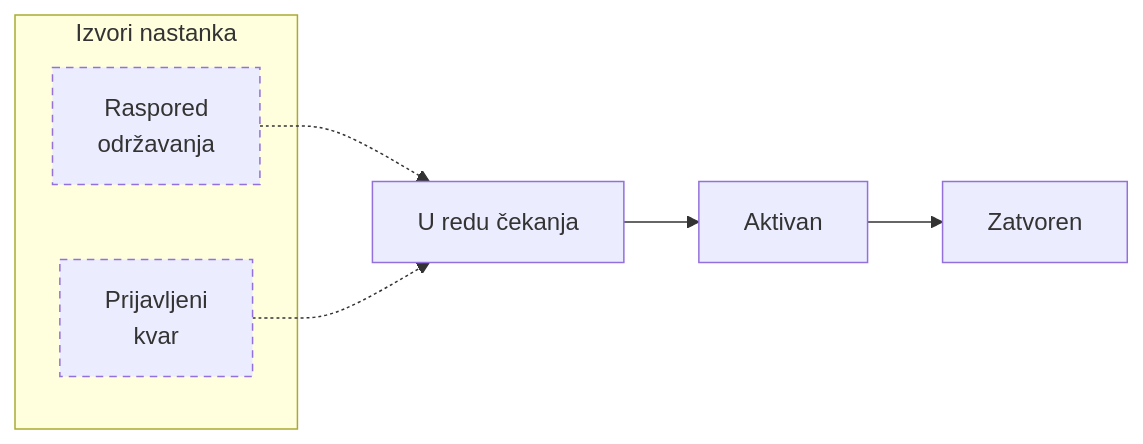
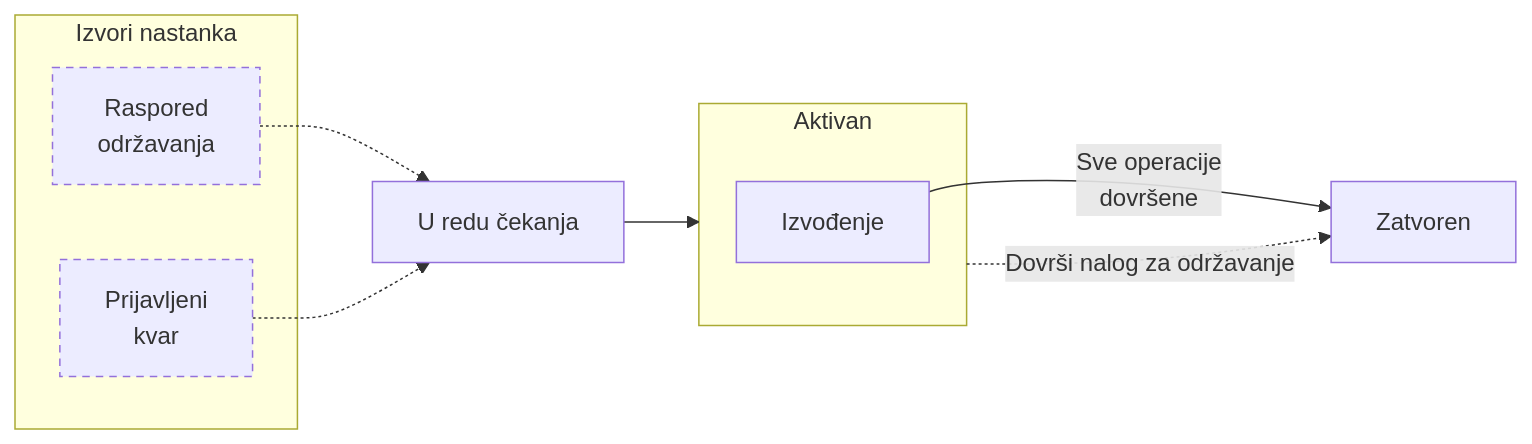
One commit to Tom-PIT/Connected.Docs changed the diagram in hr/Domene/Odrzavanje/Dokumenti/NaloziZaOdrzavanje.md. Above: the diagram before and after it, drawn with Mermaid. The commit also changed 7 other files, not shown here.

First line of the commit message:
docs(hr): maintenance execution and lifecycle diagrams

````diff
--- a/hr/Domene/Odrzavanje/Dokumenti/NaloziZaOdrzavanje.md
+++ b/hr/Domene/Odrzavanje/Dokumenti/NaloziZaOdrzavanje.md
@@ -12,12 +12,17 @@
 ```mermaid
 flowchart LR
   subgraph SRC [Izvori nastanka]
     MS["Raspored<br>održavanja"]
     RM["Prijavljeni<br>kvar"]
   end
   MS -.-> P[U redu čekanja]
   RM -.-> P
-  P --> A[Aktivan] --> C[Zatvoren]
+  P --> ACT
+  subgraph ACT [Aktivan]
+    EX[Izvođenje]
+  end
+  EX -->|"Sve operacije<br>dovršene"| C[Zatvoren]
+  ACT -.->|"Dovrši nalog za održavanje"| C
   classDef source stroke-dasharray:5 4
   class MS,RM source
 ```
````
